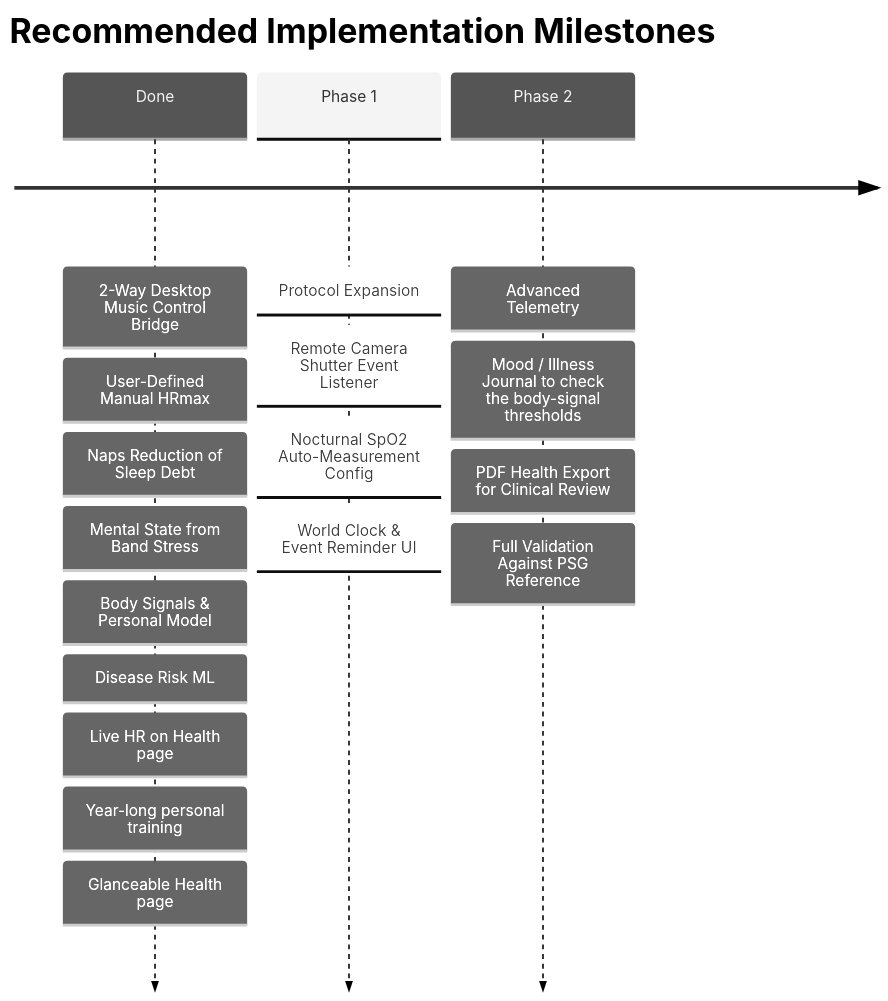
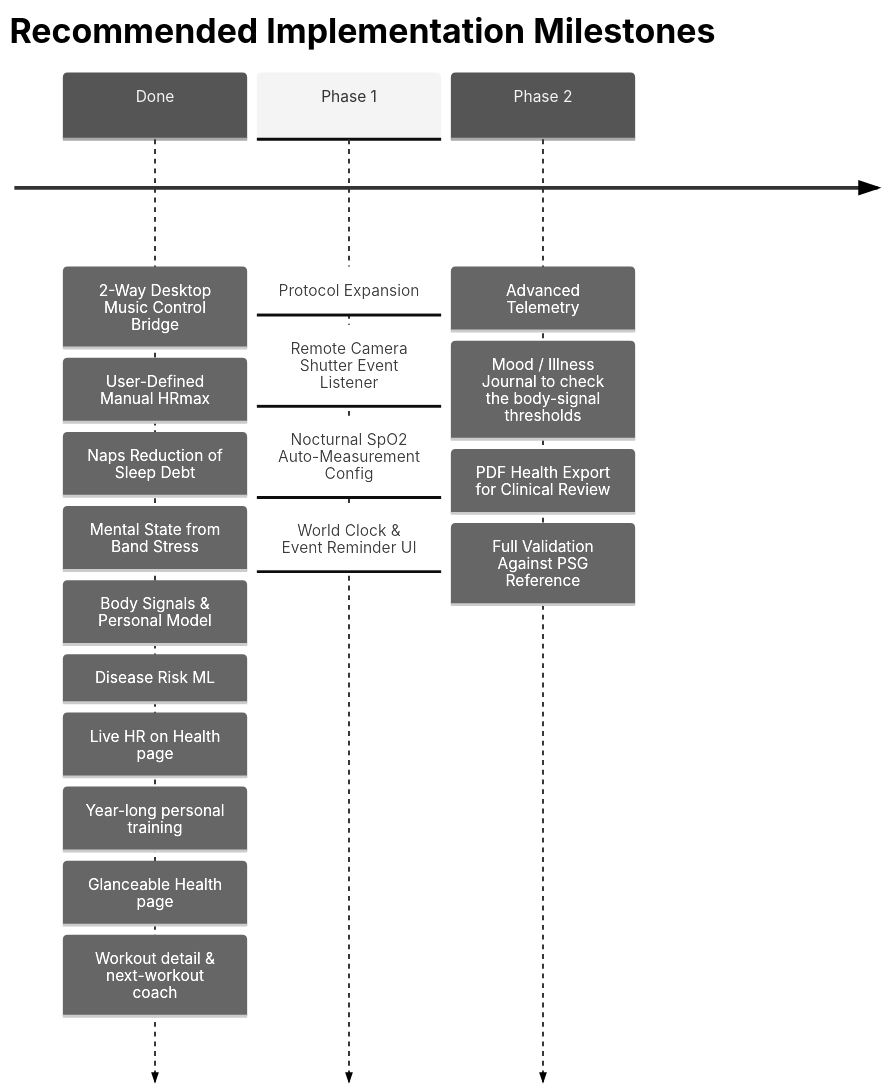
One commit to nhatanhpico/MiBand6 changed the third of 3 diagrams in EVALUATION.md. Above: the diagram before and after it, drawn with Mermaid (neutral theme). The commit also changed other lines of this file and 18 other files, not shown here.

````diff
--- a/EVALUATION.md
+++ b/EVALUATION.md
@@ -249,7 +249,7 @@
 ```mermaid
 timeline
     title Recommended Implementation Milestones
-    Done : 2-Way Desktop Music Control Bridge : User-Defined Manual HRmax : Naps Reduction of Sleep Debt : Mental State from Band Stress : Body Signals & Personal Model : Disease Risk ML : Live HR on Health page : Year-long personal training : Glanceable Health page
+    Done : 2-Way Desktop Music Control Bridge : User-Defined Manual HRmax : Naps Reduction of Sleep Debt : Mental State from Band Stress : Body Signals & Personal Model : Disease Risk ML : Live HR on Health page : Year-long personal training : Glanceable Health page : Workout detail & next-workout coach
     Phase 1 : Protocol Expansion : Remote Camera Shutter Event Listener : Nocturnal SpO2 Auto-Measurement Config : World Clock & Event Reminder UI
     Phase 2 : Advanced Telemetry : Mood / Illness Journal to check the body-signal thresholds : PDF Health Export for Clinical Review : Full Validation Against PSG Reference
 ```
````
